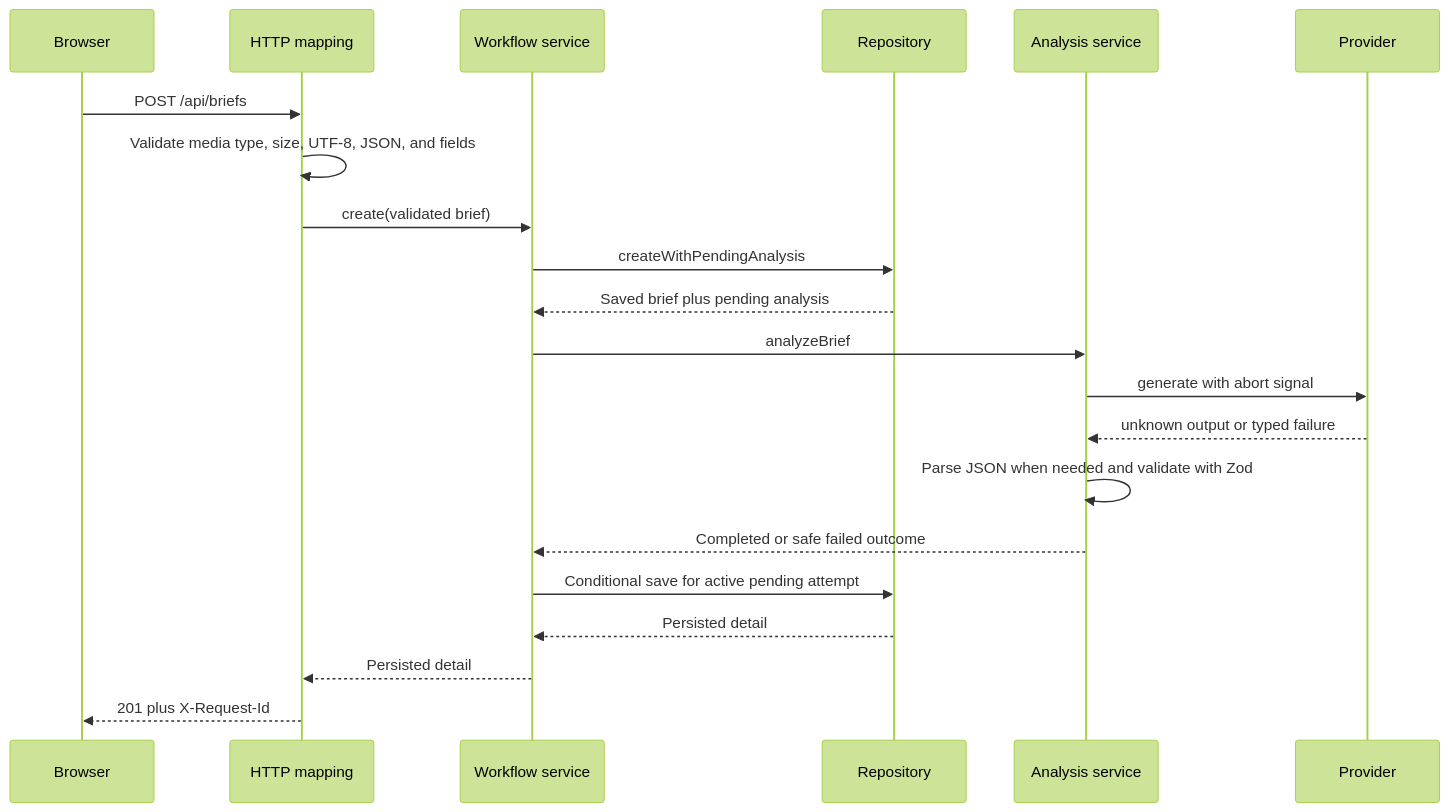
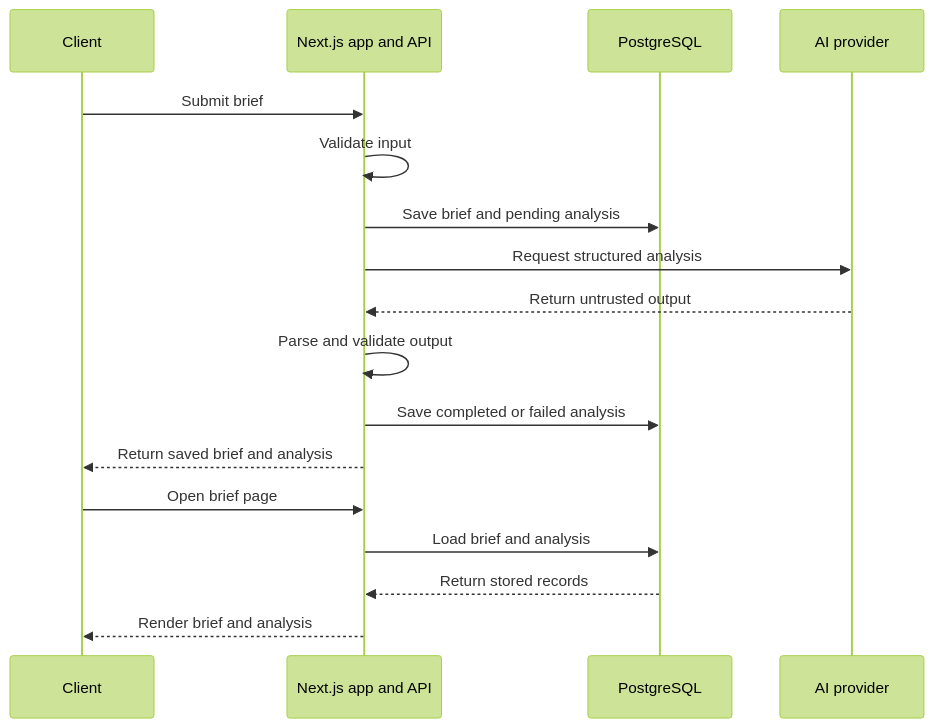
The first of 2 diagrams in docs/ARCHITECTURE.md (mr-rob0to/studio-os), drawn with Mermaid (forest theme) before and after one commit. The commit also changed other lines of this file and 3 other files, not shown here.

````diff
--- a/docs/ARCHITECTURE.md
+++ b/docs/ARCHITECTURE.md
@@ -88,24 +7,21 @@
 ```mermaid
 sequenceDiagram
-    participant B as Browser
-    participant H as HTTP mapping
-    participant W as Workflow service
-    participant R as Repository
-    participant A as Analysis service
-    participant P as Provider
+    participant Client
+    participant API as Next.js app and API
+    participant DB as PostgreSQL
+    participant AI as AI provider
 
-    B->>H: POST /api/briefs
-    H->>H: Validate media type, size, UTF-8, JSON, and fields
-    H->>W: create(validated brief)
-    W->>R: createWithPendingAnalysis
-    R-->>W: Saved brief plus pending analysis
-    W->>A: analyzeBrief
-    A->>P: generate with abort signal
-    P-->>A: unknown output or typed failure
-    A->>A: Parse JSON when needed and validate with Zod
-    A-->>W: Completed or safe failed outcome
-    W->>R: Conditional save for active pending attempt
-    R-->>W: Persisted detail
-    W-->>H: Persisted detail
-    H-->>B: 201 plus X-Request-Id
+    Client->>API: Submit brief
+    API->>API: Validate input
+    API->>DB: Save brief and pending analysis
+    API->>AI: Request structured analysis
+    AI-->>API: Return untrusted output
+    API->>API: Parse and validate output
+    API->>DB: Save completed or failed analysis
+    API-->>Client: Return saved brief and analysis
+
+    Client->>API: Open brief page
+    API->>DB: Load brief and analysis
+    DB-->>API: Return stored records
+    API-->>Client: Render brief and analysis
 ```
````
